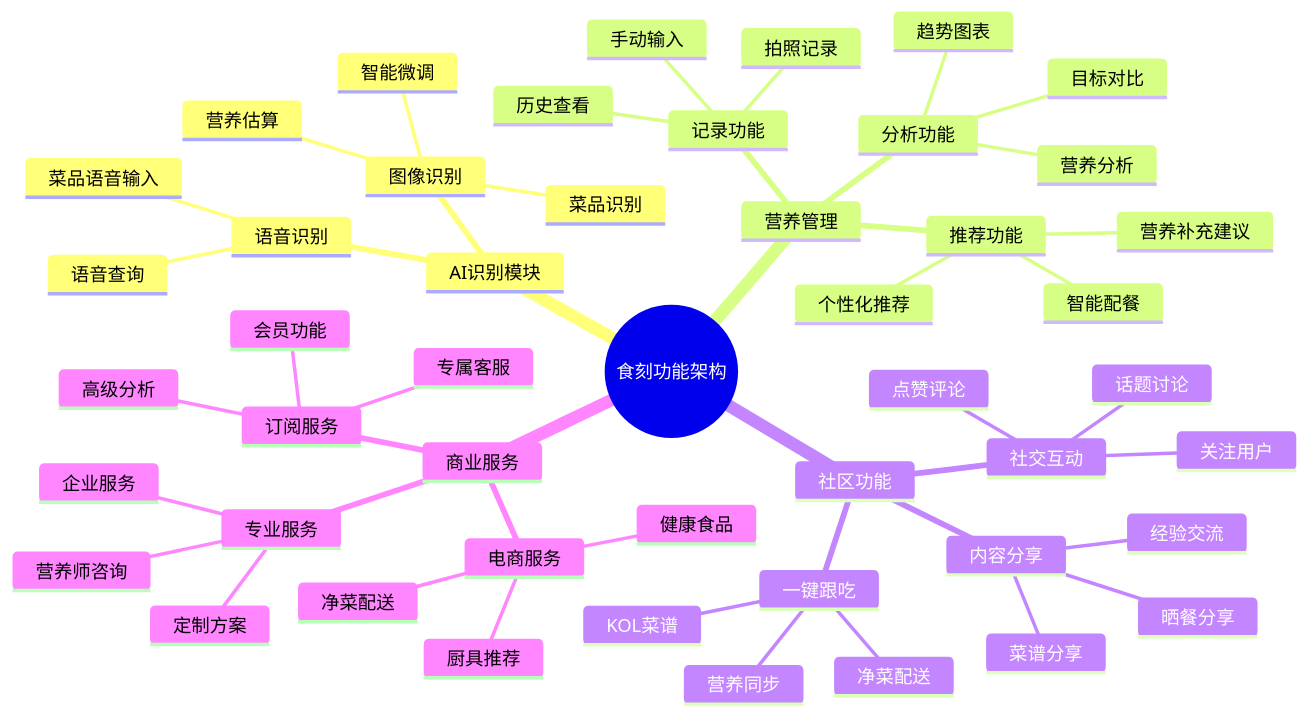
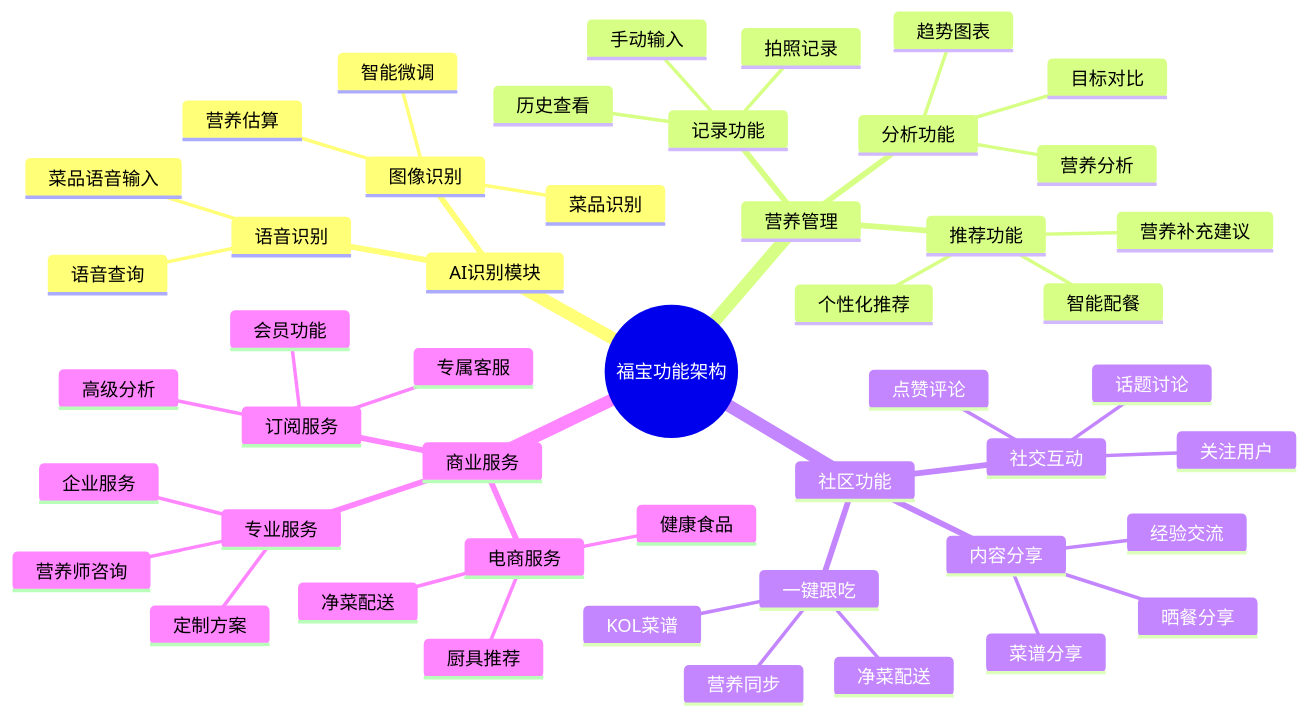
Before and after one commit to sylvanding/nutri_bit: the first of 2 diagrams in docs/features.md, drawn with Mermaid. The commit also changed other lines of this file and 15 other files, not shown here.

````diff
--- a/docs/features.md
+++ b/docs/features.md
@@ -9,51 +9,51 @@
 ```mermaid
 mindmap
-  root((食刻功能架构))
+  root((福宝功能架构))
     AI识别模块
       图像识别
         菜品识别
         营养估算
         智能微调
       语音识别
         菜品语音输入
         语音查询
     营养管理
       记录功能
         拍照记录
         手动输入
         历史查看
       分析功能
         营养分析
         趋势图表
         目标对比
       推荐功能
         个性化推荐
         智能配餐
         营养补充建议
     社区功能
       内容分享
         晒餐分享
         菜谱分享
         经验交流
       社交互动
         点赞评论
         关注用户
         话题讨论
       一键跟吃
         KOL菜谱
         净菜配送
         营养同步
     商业服务
       订阅服务
         会员功能
         高级分析
         专属客服
       电商服务
         净菜配送
         健康食品
         厨具推荐
       专业服务
         营养师咨询
         定制方案
         企业服务
 ```
````
